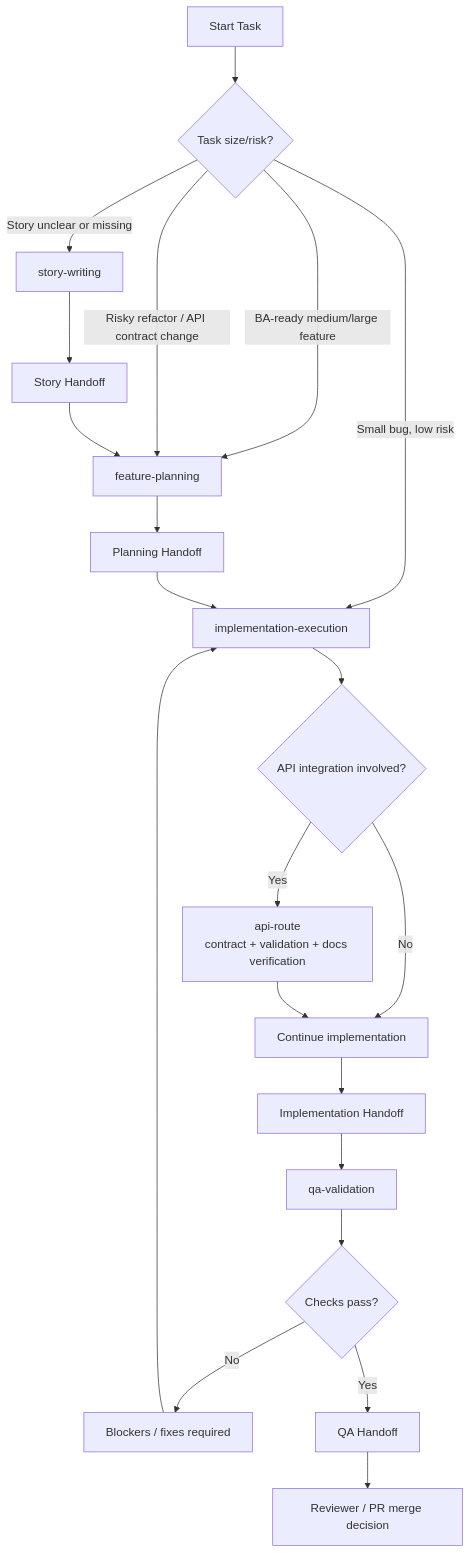
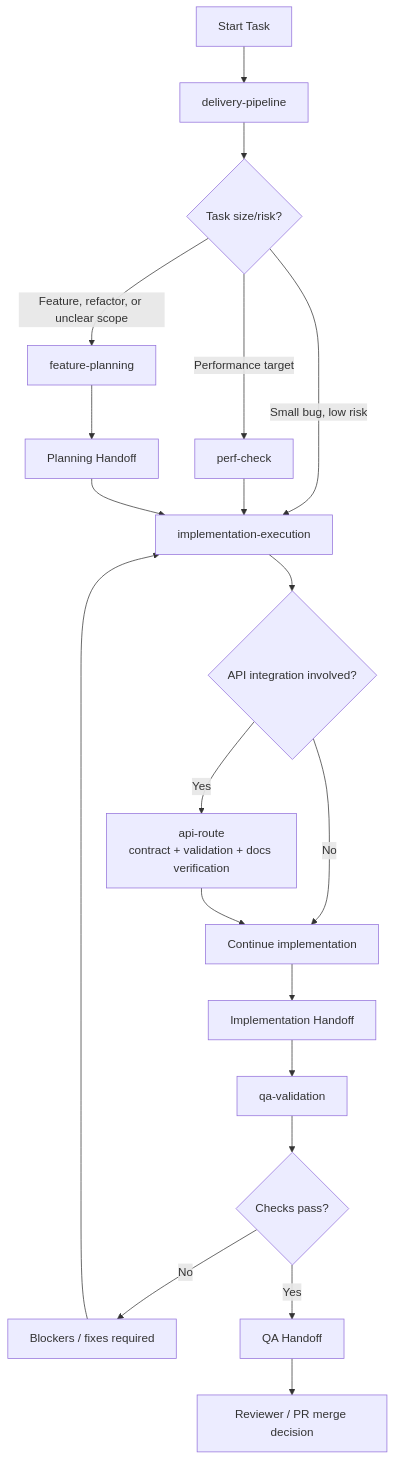
The diagram in .cursor/skills/README.md (hajareshyam/nextjs-agentic-starter), drawn with Mermaid before and after one commit. The commit also changed other lines of this file and 9 other files, not shown here.

````diff
--- a/.cursor/skills/README.md
+++ b/.cursor/skills/README.md
@@ -222,30 +348,29 @@
 ```mermaid
 flowchart TD
-    A[Start Task] --> B{Task size/risk?}
+    A[Start Task] --> O[delivery-pipeline]
+    O --> B{Task size/risk?}
 
     B -->|Small bug, low risk| C[implementation-execution]
-    B -->|BA-ready medium/large feature| F[feature-planning]
-    B -->|Story unclear or missing| D[story-writing]
-    B -->|Risky refactor / API contract change| F
+    B -->|Feature, refactor, or unclear scope| F[feature-planning]
+    B -->|Performance target| P[perf-check]
 
-    D --> E[Story Handoff]
-    E --> F
+    P --> C
     F --> G[Planning Handoff]
     G --> C
 
     C --> H{API integration involved?}
     H -->|Yes| I[api-route<br/>contract + validation + docs verification]
     H -->|No| J[Continue implementation]
 
     I --> J
     J --> K[Implementation Handoff]
 
     K --> L[qa-validation]
     L --> M{Checks pass?}
 
     M -->|No| N[Blockers / fixes required]
     N --> C
 
-    M -->|Yes| O[QA Handoff]
-    O --> P[Reviewer / PR merge decision]
+    M -->|Yes| O2[QA Handoff]
+    O2 --> R[Reviewer / PR merge decision]
 ```
````
